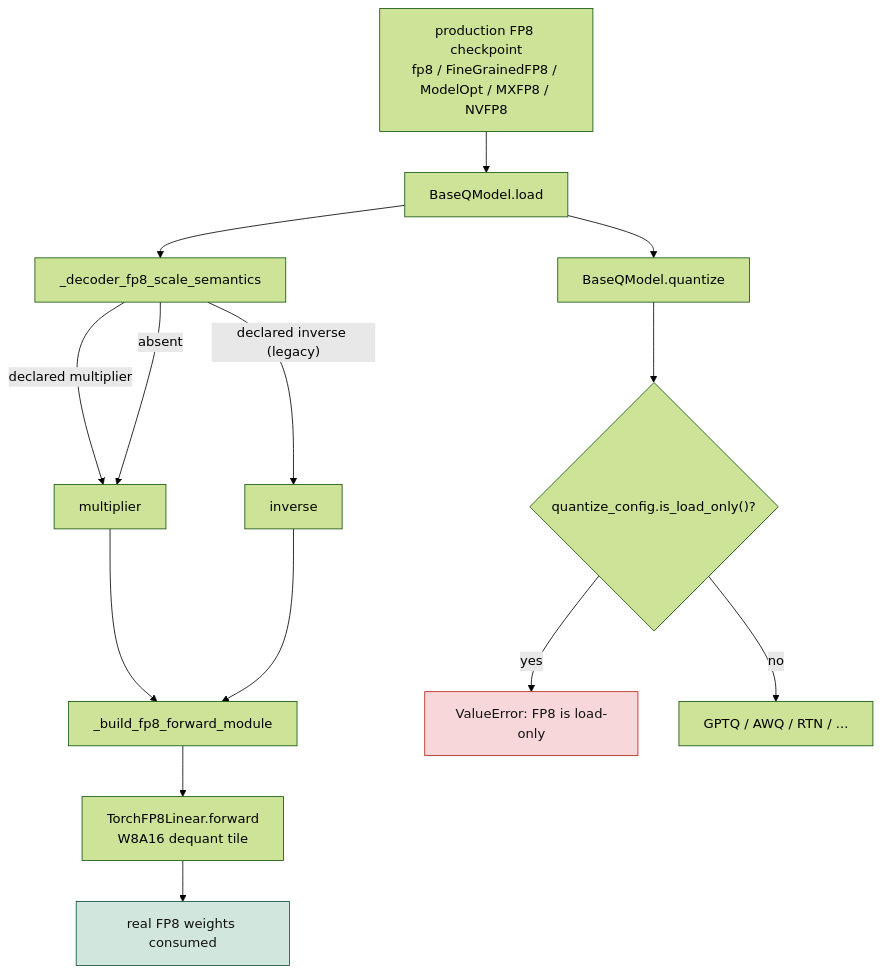
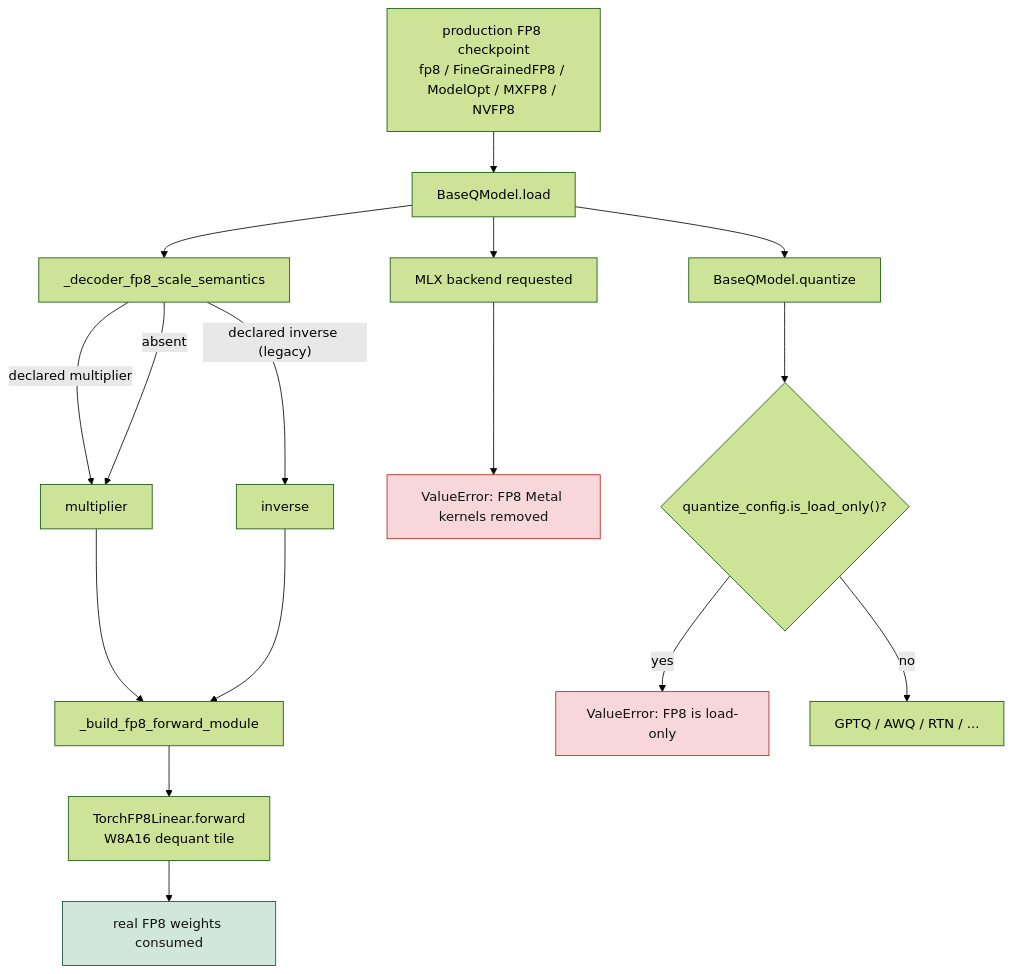
One commit to ModelCloud/GPTQModel changed the second of 2 diagrams in docs/fp8-load-only.md. Above: the diagram before and after it, drawn with Mermaid (forest theme). The commit also changed other lines of this file and 22 other files, not shown here.

First line of the commit message:
refactor(mlx): remove the invented FP8 Metal kernels and loader

````diff
--- a/docs/fp8-load-only.md
+++ b/docs/fp8-load-only.md
@@ -39,20 +39,22 @@
 ```mermaid
 flowchart TD
     A["production FP8 checkpoint<br/>fp8 / FineGrainedFP8 / ModelOpt / MXFP8 / NVFP8"] --> B["BaseQModel.load"]
     B --> C["_decoder_fp8_scale_semantics"]
     C -- "declared multiplier" --> D["multiplier"]
     C -- "declared inverse (legacy)" --> E["inverse"]
     C -- "absent" --> D
     D --> F["_build_fp8_forward_module"]
     E --> F
     F --> G["TorchFP8Linear.forward<br/>W8A16 dequant tile"]
+    B --> M["MLX backend requested"]
+    M --> N["ValueError: FP8 Metal kernels removed"]
     B --> H["BaseQModel.quantize"]
     H --> I{"quantize_config.is_load_only()?"}
     I -- yes --> J["ValueError: FP8 is load-only"]
     I -- no --> K["GPTQ / AWQ / RTN / ..."]
     G --> L["real FP8 weights consumed"]
     classDef ok fill:#d1e7dd,stroke:#0f5132,color:#111;
     classDef failure fill:#f8d7da,stroke:#b42318,color:#111;
     class L ok
-    class J failure
+    class J,N failure
 ```
````
